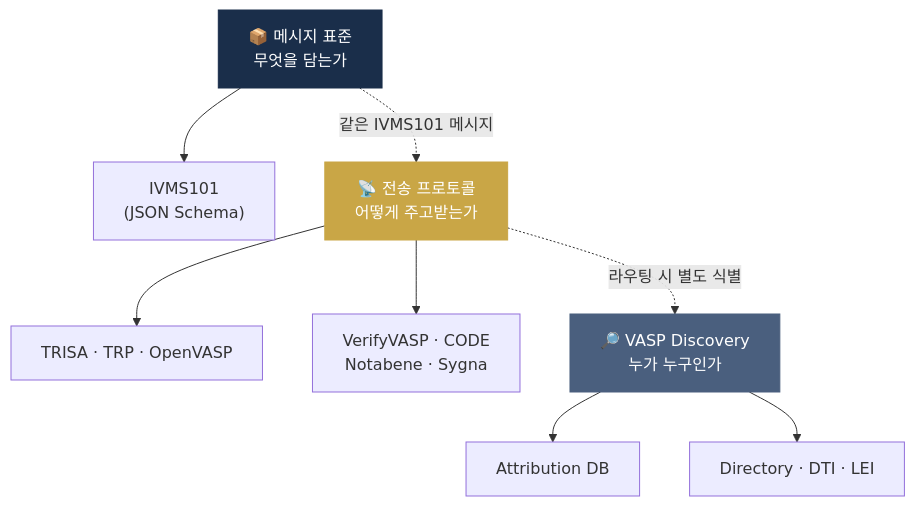
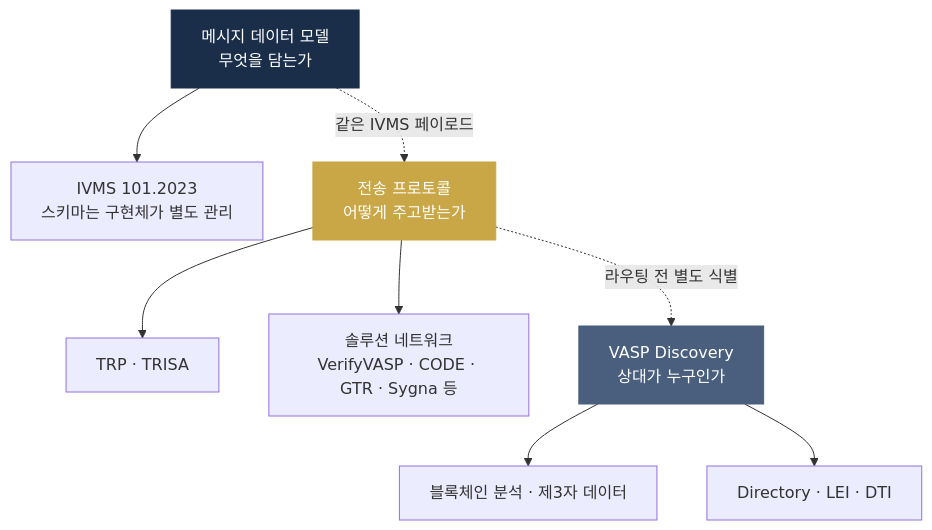
Before and after one commit to lala-david/aml-notes: the first of 4 diagrams in notes/4-technology/travel-rule-protocols.md, drawn with Mermaid. The commit also changed other lines of this file and 379 other files, not shown here.

First line of the commit message:
notes,kb,en,deep,charts: 2026-10-21 기준 정정 46건 반영 — 출처 없는 수치를 걷어내고 다이어그램을 다시 그림

````diff
--- a/notes/4-technology/travel-rule-protocols.md
+++ b/notes/4-technology/travel-rule-protocols.md
@@ -18,13 +18,13 @@
 ```mermaid
 flowchart TB
-    L1["📦 메시지 표준<br/>무엇을 담는가"] --> M["IVMS101<br/>(JSON Schema)"]
-    L2["📡 전송 프로토콜<br/>어떻게 주고받는가"] --> P1["TRISA · TRP · OpenVASP"]
-    L2 --> P2["VerifyVASP · CODE<br/>Notabene · Sygna"]
-    L3["🔎 VASP Discovery<br/>누가 누구인가"] --> D1["Attribution DB"]
-    L3 --> D2["Directory · DTI · LEI"]
-    L1 -.같은 IVMS101 메시지.-> L2
-    L2 -.라우팅 시 별도 식별.-> L3
+    L1["메시지 데이터 모델<br/>무엇을 담는가"] --> M["IVMS 101.2023<br/>스키마는 구현체가 별도 관리"]
+    L2["전송 프로토콜<br/>어떻게 주고받는가"] --> P1["TRP · TRISA"]
+    L2 --> P2["솔루션 네트워크<br/>VerifyVASP · CODE · GTR · Sygna 등"]
+    L3["VASP Discovery<br/>상대가 누구인가"] --> D1["블록체인 분석 · 제3자 데이터"]
+    L3 --> D2["Directory · LEI · DTI"]
+    L1 -.같은 IVMS 페이로드.-> L2
+    L2 -.라우팅 전 별도 식별.-> L3
     style L1 fill:#1a2e4a,color:#fff,stroke:#1a2e4a
     style L2 fill:#c9a646,color:#fff,stroke:#c9a646
     style L3 fill:#4a5f7e,color:#fff,stroke:#4a5f7e
 ```
````
